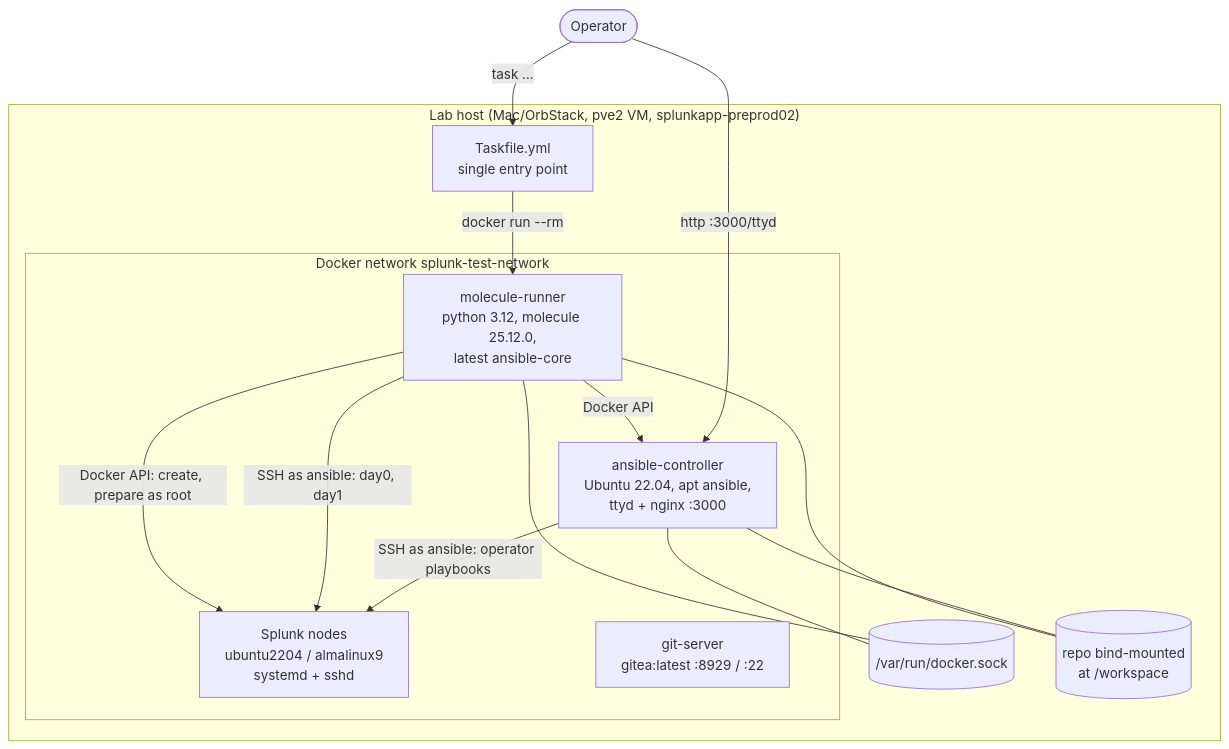
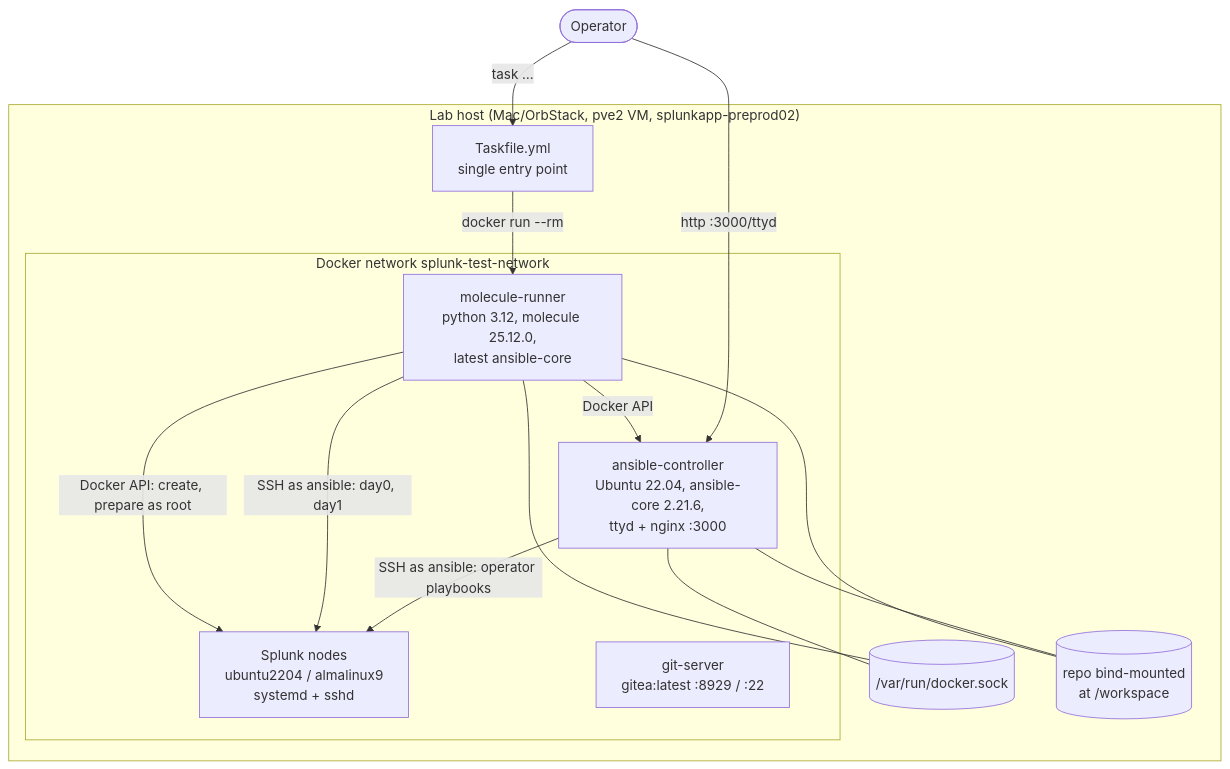
One commit to bayeslearner/ansible-role-for-splunk changed the first of 4 diagrams in docs/specs/05-molecule-virtual-lab/design.md. Above: the diagram before and after it, drawn with Mermaid. The commit also changed other lines of this file and 6 other files, not shown here.

First line of the commit message:
build(lab): the controller runs the runner's ansible-core and collections

````diff
--- a/docs/specs/05-molecule-virtual-lab/design.md
+++ b/docs/specs/05-molecule-virtual-lab/design.md
@@ -17,25 +17,25 @@
 ```mermaid
 flowchart TB
   subgraph host["Lab host (Mac/OrbStack, pve2 VM, splunkapp-preprod02)"]
     task["Taskfile.yml<br/>single entry point"]
     sock[("/var/run/docker.sock")]
     repo[("repo bind-mounted<br/>at /workspace")]
     task -->|docker run --rm| runner
     subgraph net["Docker network splunk-test-network"]
       runner["molecule-runner<br/>python 3.12, molecule 25.12.0,<br/>latest ansible-core"]
-      ctrl["ansible-controller<br/>Ubuntu 22.04, apt ansible,<br/>ttyd + nginx :3000"]
+      ctrl["ansible-controller<br/>Ubuntu 22.04, ansible-core 2.21.6,<br/>ttyd + nginx :3000"]
       n1["Splunk nodes<br/>ubuntu2204 / almalinux9<br/>systemd + sshd"]
       git["git-server<br/>gitea:latest :8929 / :22"]
     end
     runner -->|Docker API: create, prepare as root| n1
     runner -->|Docker API| ctrl
     runner -->|SSH as ansible: day0, day1| n1
     ctrl -->|SSH as ansible: operator playbooks| n1
     runner --- sock
     ctrl --- sock
     runner --- repo
     ctrl --- repo
   end
   op(["Operator"]) -->|task …| task
   op -->|http :3000/ttyd| ctrl
 ```
````
